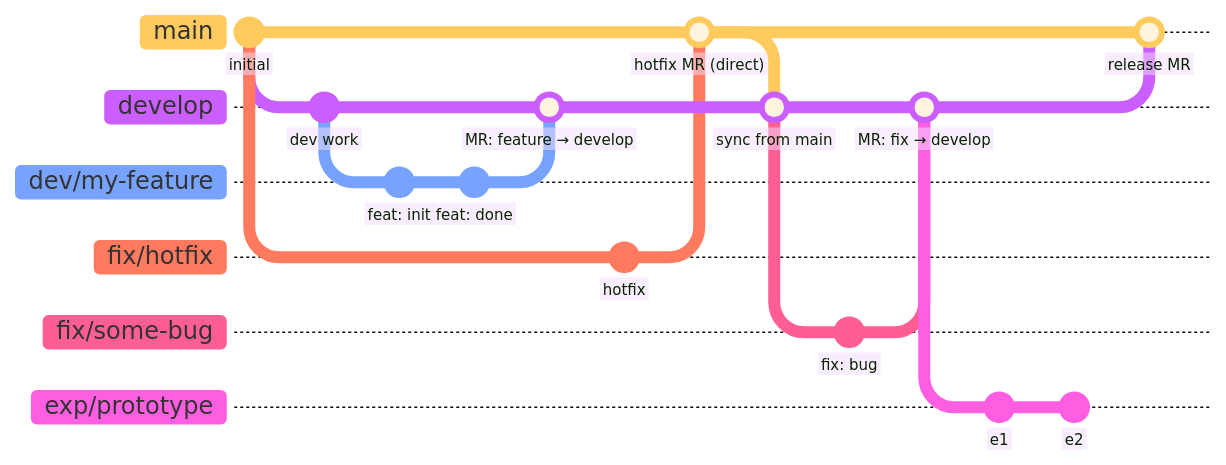
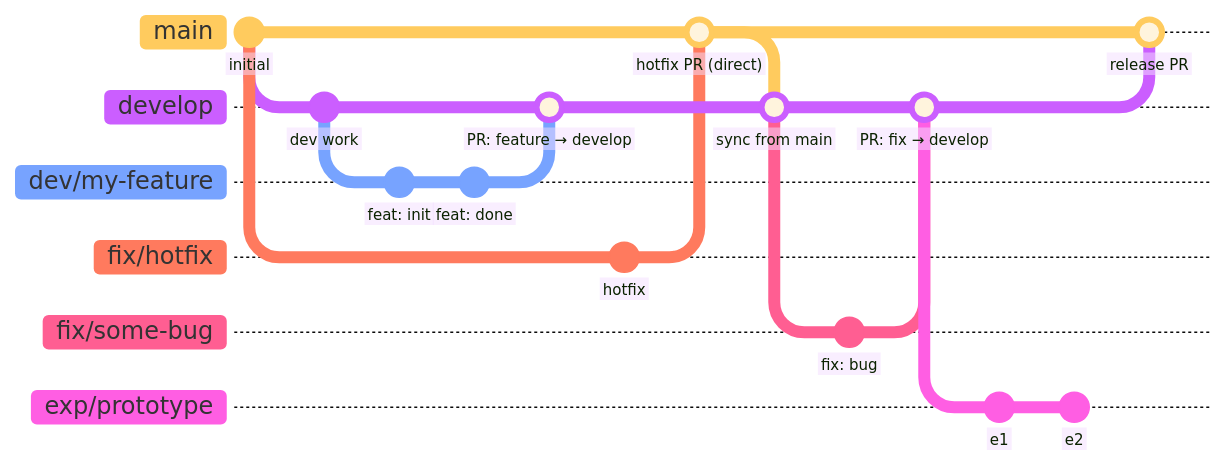
Before and after one commit to GEG-ETHZ/python-template: the diagram in {{cookiecutter.project_slug}}/CONTRIBUTING.md, drawn with Mermaid. The commit also changed other lines of this file and 14 other files, not shown here.

````diff
--- a/{{cookiecutter.project_slug}}/CONTRIBUTING.md
+++ b/{{cookiecutter.project_slug}}/CONTRIBUTING.md
@@ -27,43 +26,43 @@
 ```mermaid
 %%{init: { 'logLevel': 'debug', 'theme': 'base',
            'gitGraph': {'rotateCommitLabel': false} } }%%
 gitGraph LR:
    commit id: "initial"
 
    branch develop
    checkout develop
    commit id: "dev work"
 
    branch dev/my-feature
    checkout dev/my-feature
    commit id: "feat: init"
    commit id: "feat: done"
 
    checkout develop
-   merge dev/my-feature id: "MR: feature → develop"
+   merge dev/my-feature id: "PR: feature → develop"
 
    checkout main
    branch fix/hotfix
    checkout fix/hotfix
    commit id: "hotfix"
    checkout main
-   merge fix/hotfix id: "hotfix MR (direct)"
+   merge fix/hotfix id: "hotfix PR (direct)"
 
    checkout develop
    merge main id: "sync from main"
 
    checkout develop
    branch fix/some-bug
    checkout fix/some-bug
    commit id: "fix: bug"
    checkout develop
-   merge fix/some-bug id: "MR: fix → develop"
+   merge fix/some-bug id: "PR: fix → develop"
 
    branch exp/prototype
    checkout exp/prototype
    commit id: "e1"
    commit id: "e2"
 
    checkout main
-   merge develop id: "release MR"
+   merge develop id: "release PR"
 ```
````
